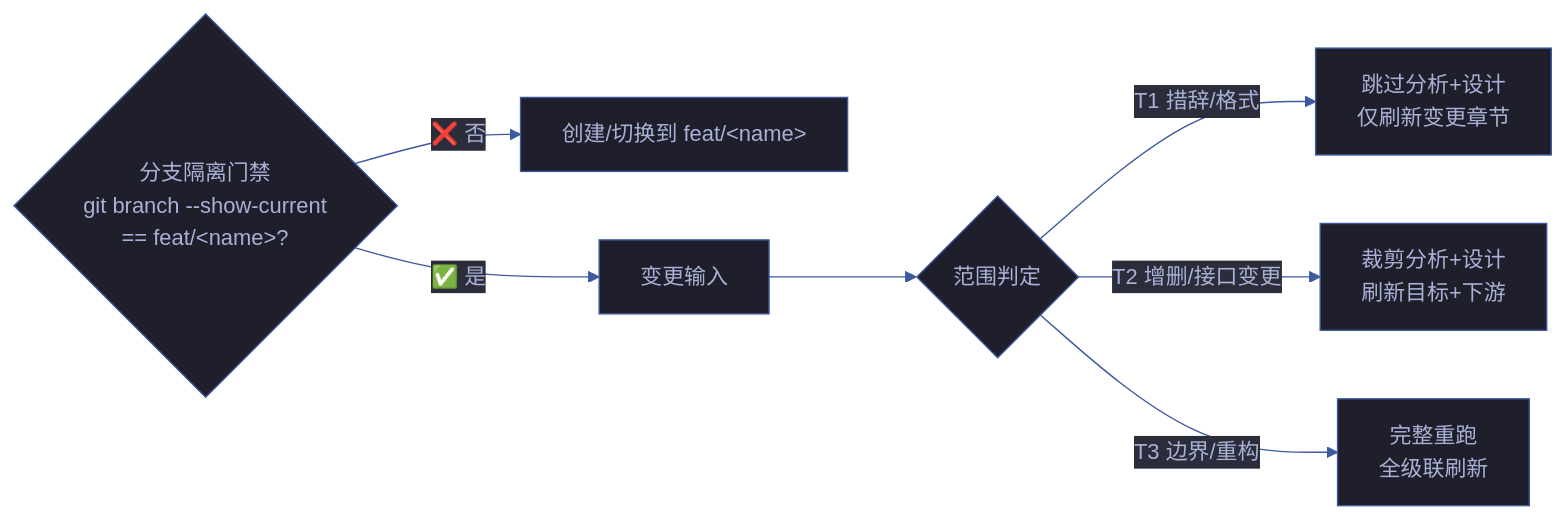
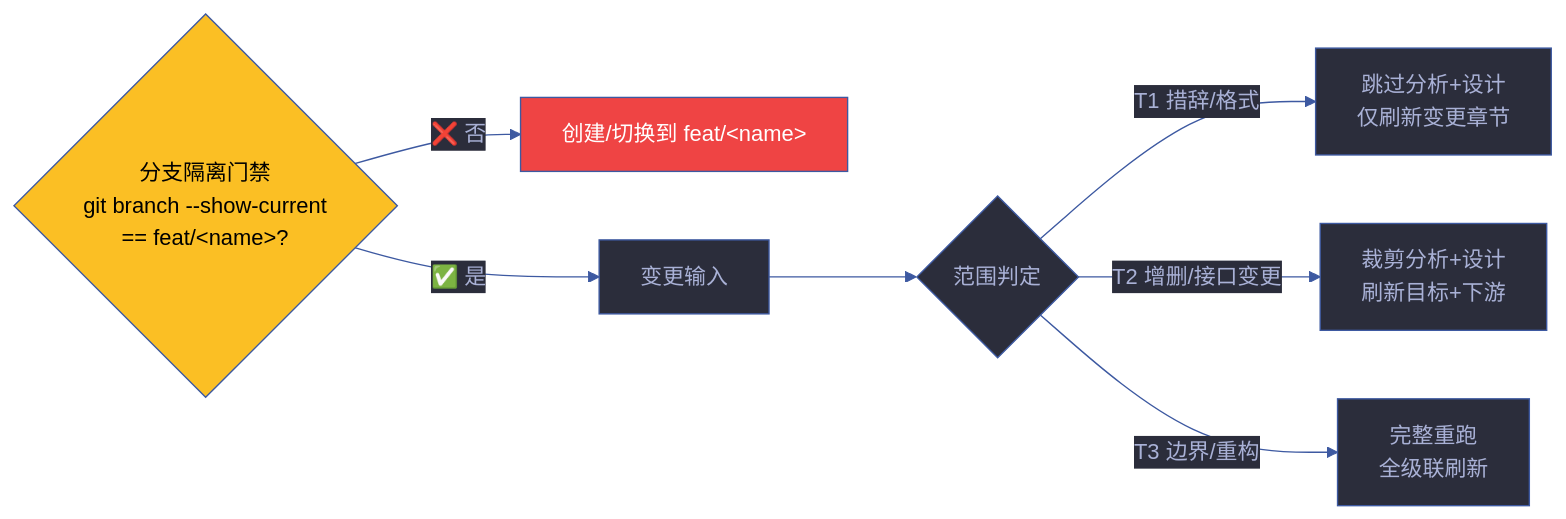
The first of 2 diagrams in skills/rui-update/SKILL.md (effiy/YrY), drawn with Mermaid before and after one commit. The commit also changed other lines of this file and 1028 other files, not shown here.

````diff
--- a/skills/rui-update/SKILL.md
+++ b/skills/rui-update/SKILL.md
@@ -18,17 +24,21 @@
 ```mermaid
 %%{init: {'theme': 'base', 'themeVariables': {
   'primaryColor': '#1e1f2b',
   'primaryTextColor': '#a9b1d6',
   'primaryBorderColor': '#3d59a1',
   'lineColor': '#3d59a1',
   'secondaryColor': '#2b2d3b',
   'tertiaryColor': '#21232f'
 }}}%%
 flowchart LR
     BR{"分支隔离门禁<br/>git branch --show-current<br/>== feat/&lt;name&gt;?"}:::gate -->|"❌ 否"| BLOCK["创建/切换到 feat/&lt;name&gt;"]:::block
     BR -->|"✅ 是"| I[变更输入]:::s
     I --> T{范围判定}:::s
     T -->|T1 措辞/格式| U1[跳过分析+设计<br/>仅刷新变更章节]:::s
     T -->|T2 增删/接口变更| U2[裁剪分析+设计<br/>刷新目标+下游]:::s
     T -->|T3 边界/重构| U3[完整重跑<br/>全级联刷新]:::s
+
+    classDef gate fill:#fbbf24,color:#000
+    classDef block fill:#ef4444,color:#fff
+    classDef s fill:#2b2d3b,stroke:#3d59a1,color:#a9b1d6
 ```
````
